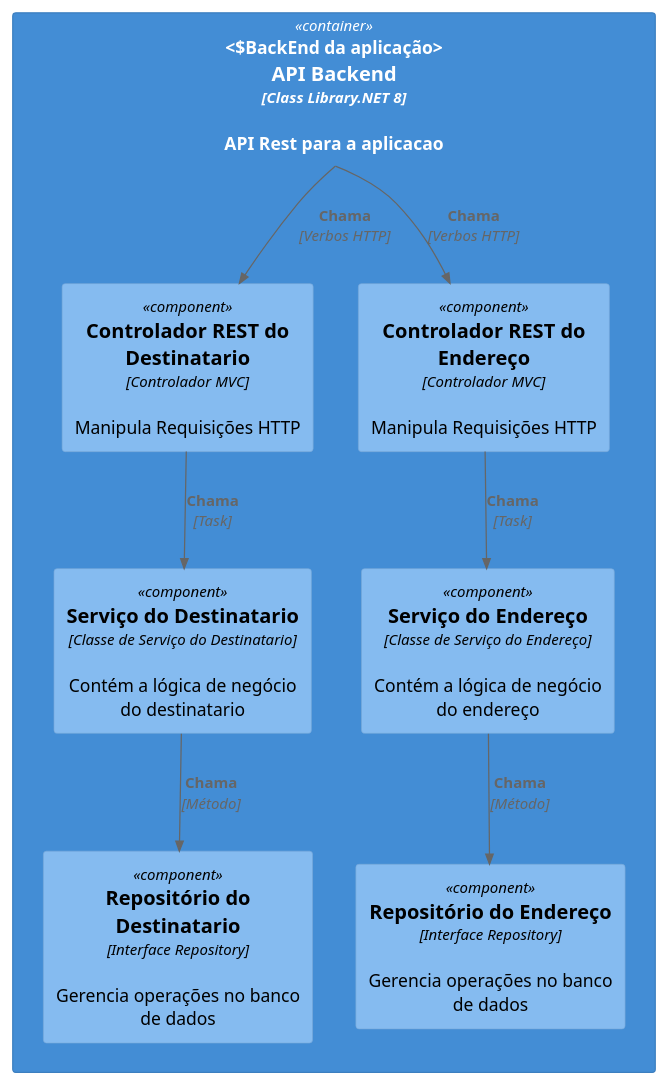
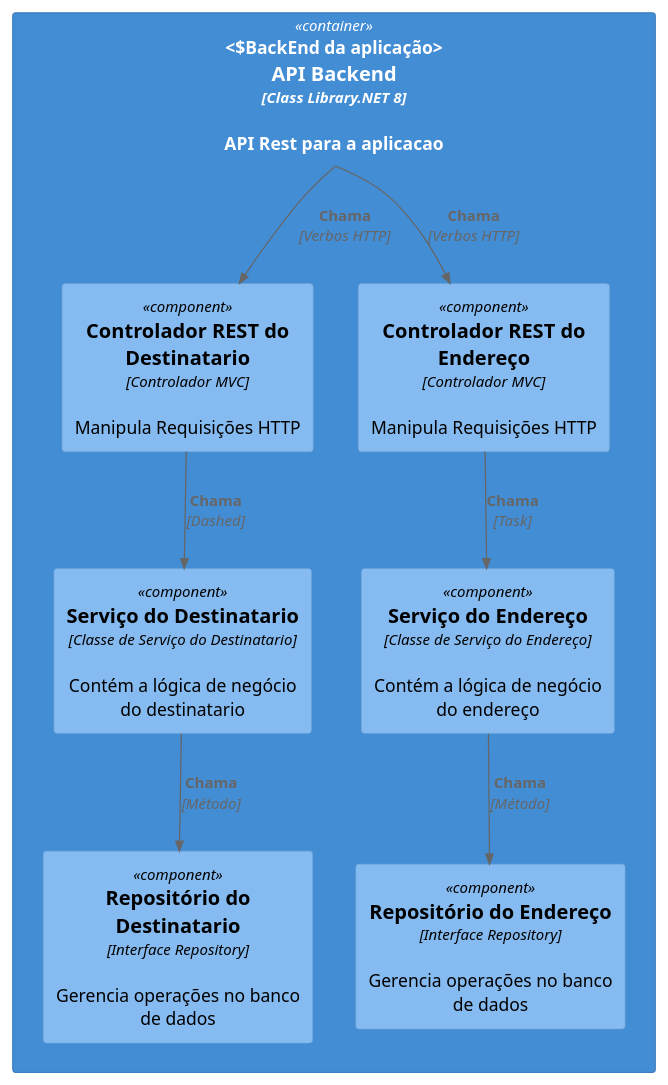
Before and after one commit to samorysundjata/MalaDiretaCSharp: the diagram in docs/C4/Component.puml, drawn with PlantUML. The commit also changed 15 other files, not shown here.

```diff
--- a/docs/C4/Component.puml
+++ b/docs/C4/Component.puml
@@ -1,20 +1,20 @@
 @startuml Maladireta-Component
 !includeurl https://raw.githubusercontent.com/plantuml-stdlib/C4-PlantUML/master/C4_Component.puml
 
 Container(api, "API Backend", "Class Library.NET 8", "API Rest para a aplicacao", "BackEnd da aplicação"){
     Component(destinatariocontroller, "Controlador REST do Destinatario", "Controlador MVC", "Manipula Requisições HTTP")
     Component(destinatarioservice, "Serviço do Destinatario", "Classe de Serviço do Destinatario", "Contém a lógica de negócio do destinatario")
     Component(destinatariorepository, "Repositório do Destinatario", "Interface Repository", "Gerencia operações no banco de dados")
     Component(enderecocontroller, "Controlador REST do Endereço", "Controlador MVC", "Manipula Requisições HTTP")
     Component(enderecoservice, "Serviço do Endereço", "Classe de Serviço do Endereço", "Contém a lógica de negócio do endereço")
     Component(enderecorepository, "Repositório do Endereço", "Interface Repository", "Gerencia operações no banco de dados")
 }
 
 Rel(api, destinatariocontroller, "Chama", "Verbos HTTP")
-Rel(destinatariocontroller, destinatarioservice, "Chama", "Task")
+Rel(destinatariocontroller, destinatarioservice, "Chama", "Dashed")
 Rel(destinatarioservice, destinatariorepository, "Chama", "Método")
 Rel(api, enderecocontroller, "Chama", "Verbos HTTP")
 Rel(enderecocontroller, enderecoservice, "Chama", "Task")
 Rel(enderecoservice, enderecorepository, "Chama", "Método")
 
 @enduml
```
